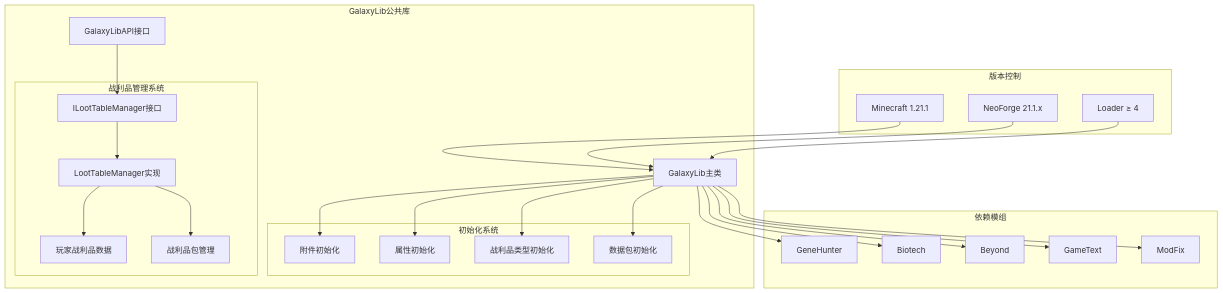
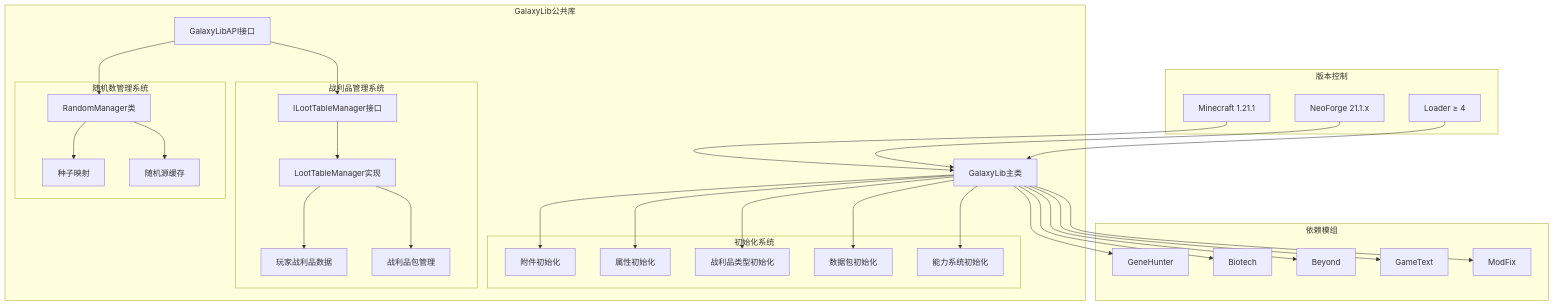
Before and after one commit to Ver-shift/SubModulesGeneHunter: the fourth of 10 diagrams in .qoder/repowiki/zh/content/模块架构/GalaxyLib公共库模块.md, drawn with Mermaid. The commit also changed other lines of this file and 16 other files, not shown here.

````diff
--- a/.qoder/repowiki/zh/content/模块架构/GalaxyLib公共库模块.md
+++ b/.qoder/repowiki/zh/content/模块架构/GalaxyLib公共库模块.md
@@ -142,47 +164,57 @@
 ```mermaid
 graph TD
 subgraph "GalaxyLib公共库"
 GalaxyLibMain[GalaxyLib主类]
 GalaxyLibAPI[GalaxyLibAPI接口]
 subgraph "初始化系统"
 AttachInit[附件初始化]
 AttributeInit[属性初始化]
 LootTypeInit[战利品类型初始化]
 PackInit[数据包初始化]
+CapInit[能力系统初始化]
 end
 subgraph "战利品管理系统"
 ILootTableManager[ILootTableManager接口]
 LootTableManager[LootTableManager实现]
 PlayerLootTableData[玩家战利品数据]
 LootPack[战利品包管理]
+end
+subgraph "随机数管理系统"
+RandomManager[RandomManager类]
+SeedMap[种子映射]
+RandomCache[随机源缓存]
 end
 end
 subgraph "依赖模组"
 GeneHunter[GeneHunter]
 Biotech[Biotech]
 Beyond[Beyond]
 GameText[GameText]
 ModFix[ModFix]
 end
 subgraph "版本控制"
 Minecraft[Minecraft 1.21.1]
 NeoForge[NeoForge 21.1.x]
 Loader[Loader ≥ 4]
 end
 GalaxyLibMain --> AttachInit
 GalaxyLibMain --> AttributeInit
 GalaxyLibMain --> LootTypeInit
 GalaxyLibMain --> PackInit
+GalaxyLibMain --> CapInit
 GalaxyLibAPI --> ILootTableManager
+GalaxyLibAPI --> RandomManager
 ILootTableManager --> LootTableManager
 LootTableManager --> PlayerLootTableData
 LootTableManager --> LootPack
+RandomManager --> SeedMap
+RandomManager --> RandomCache
 GalaxyLibMain --> GeneHunter
 GalaxyLibMain --> Biotech
 GalaxyLibMain --> Beyond
 GalaxyLibMain --> GameText
 GalaxyLibMain --> ModFix
 Minecraft --> GalaxyLibMain
 NeoForge --> GalaxyLibMain
 Loader --> GalaxyLibMain
 ```
````
